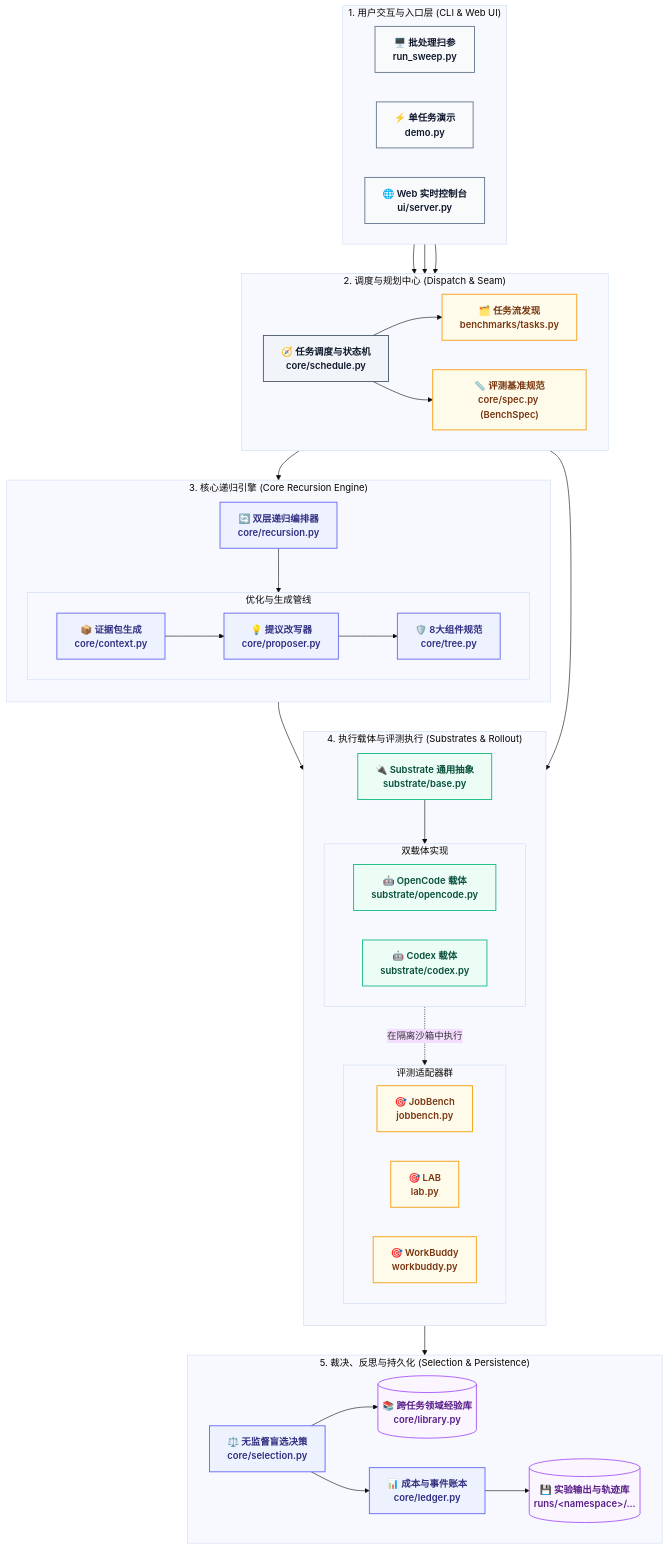
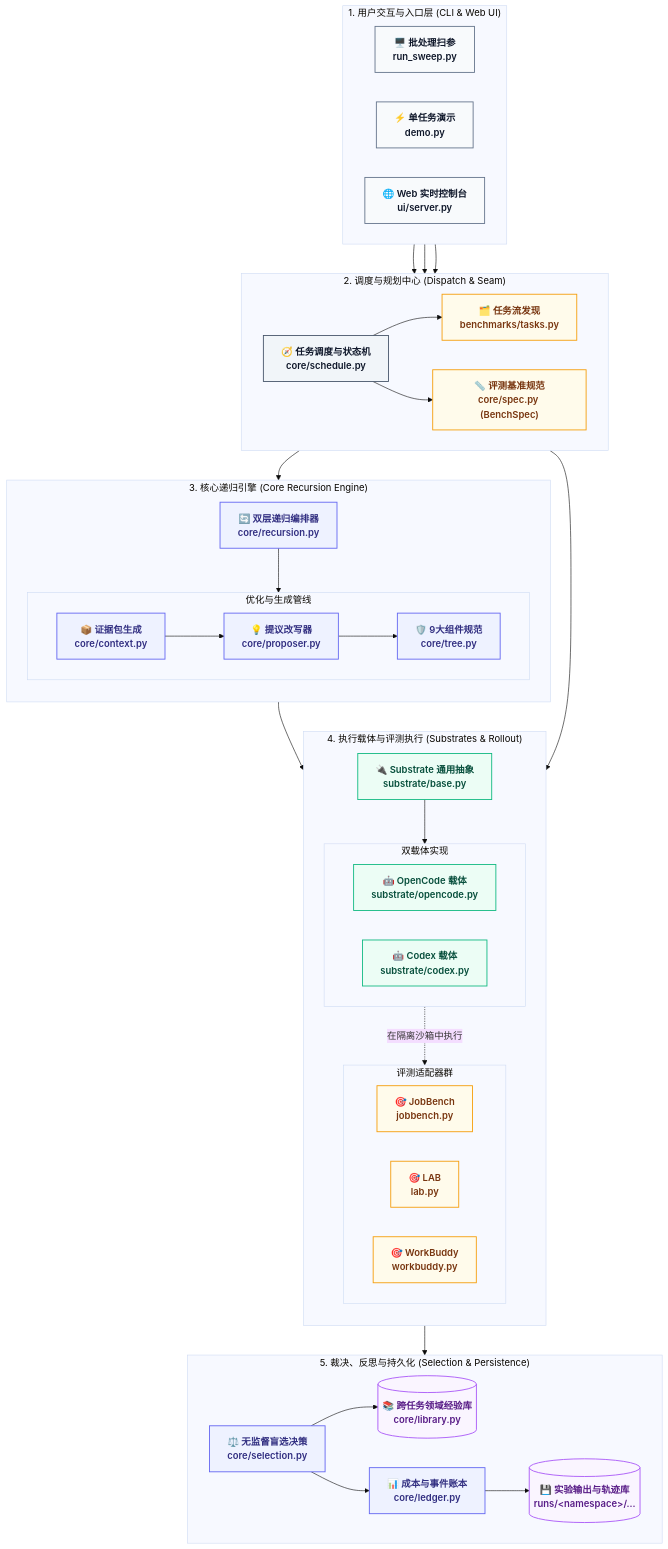
The first of 3 diagrams in docs/ARCHITECTURE_zh.md (owl234/SecAgentHarness), drawn with Mermaid (base theme) before and after one commit. The commit also changed other lines of this file and 164 other files, not shown here.

First line of the commit message:
refactor(repo): restructure into monorepo layout (backend/ + frontend/) and add flow showcase

````diff
--- a/docs/ARCHITECTURE_zh.md
+++ b/docs/ARCHITECTURE_zh.md
@@ -25,82 +25,82 @@
 ```mermaid
 flowchart TD
     %% Custom Styling Palette
     classDef entry fill:#f8fafc,stroke:#64748b,stroke-width:1.5px,color:#0f172a,font-weight:600;
     classDef dispatch fill:#f1f5f9,stroke:#475569,stroke-width:1.5px,color:#0f172a,font-weight:600;
     classDef core fill:#eef2ff,stroke:#6366f1,stroke-width:1.5px,color:#312e81,font-weight:600;
     classDef substrate fill:#ecfdf5,stroke:#10b981,stroke-width:1.5px,color:#064e3b,font-weight:600;
     classDef bench fill:#fffbeb,stroke:#f59e0b,stroke-width:1.5px,color:#78350f,font-weight:600;
     classDef storage fill:#faf5ff,stroke:#a855f7,stroke-width:1.5px,color:#581c87,font-weight:600;
 
     subgraph L1["1. 用户交互与入口层 (CLI & Web UI)"]
         direction LR
         CLI_Sweep["🖥️ 批处理扫参<br>run_sweep.py"]:::entry
         CLI_Demo["⚡ 单任务演示<br>demo.py"]:::entry
         UI_Server["🌐 Web 实时控制台<br>ui/server.py"]:::entry
     end
 
     subgraph L2["2. 调度与规划中心 (Dispatch & Seam)"]
         direction LR
         Schedule["🧭 任务调度与状态机<br>core/schedule.py"]:::dispatch
         BenchSeam["📏 评测基准规范<br>core/spec.py (BenchSpec)"]:::bench
         Tasks["🗂️ 任务流发现<br>benchmarks/tasks.py"]:::bench
     end
 
     subgraph L3["3. 核心递归引擎 (Core Recursion Engine)"]
         direction TB
         Recursion["🔄 双层递归编排器<br>core/recursion.py"]:::core
         subgraph PipelineInsideCore["优化与生成管线"]
             direction LR
             Context["📦 证据包生成<br>core/context.py"]:::core
             Proposer["💡 提议改写器<br>core/proposer.py"]:::core
-            Surface["🛡️ 8大组件规范<br>core/tree.py"]:::core
+            Surface["🛡️ 9大组件规范<br>core/tree.py"]:::core
         end
         Recursion --> Context
         Context --> Proposer
         Proposer --> Surface
     end
 
     subgraph L4["4. 执行载体与评测执行 (Substrates & Rollout)"]
         direction TB
         SubBase["🔌 Substrate 通用抽象<br>substrate/base.py"]:::substrate
         subgraph Runners["双载体实现"]
             direction LR
             OpenCode["🤖 OpenCode 载体<br>substrate/opencode.py"]:::substrate
             Codex["🤖 Codex 载体<br>substrate/codex.py"]:::substrate
         end
         subgraph BenchmarkAdapters["评测适配器群"]
             direction LR
             JB["🎯 JobBench<br>jobbench.py"]:::bench
             LAB["🎯 LAB<br>lab.py"]:::bench
             WB["🎯 WorkBuddy<br>workbuddy.py"]:::bench
         end
         SubBase --> Runners
         Runners -.->|"在隔离沙箱中执行"| BenchmarkAdapters
     end
 
     subgraph L5["5. 裁决、反思与持久化 (Selection & Persistence)"]
         direction LR
         Selection["⚖️ 无监督盲选决策<br>core/selection.py"]:::core
         ExpLib[("📚 跨任务领域经验库<br>core/library.py")]:::storage
         Ledger["📊 成本与事件账本<br>core/ledger.py"]:::core
         RunStore[("💾 实验输出与轨迹库<br>runs/&lt;namespace&gt;/...")]:::storage
     end
 
     %% 层间单向级联连线 (无交叉、无回环、无遮挡)
     CLI_Sweep --> Schedule
     CLI_Demo --> Schedule
     UI_Server --> Schedule
 
     Schedule --> Tasks
     Schedule --> BenchSeam
     Schedule --> Recursion
 
     BenchSeam --> BenchmarkAdapters
 
     Surface --> SubBase
 
     Runners --> Selection
     Selection --> ExpLib
     Selection --> Ledger
     Ledger --> RunStore
 ```
````
